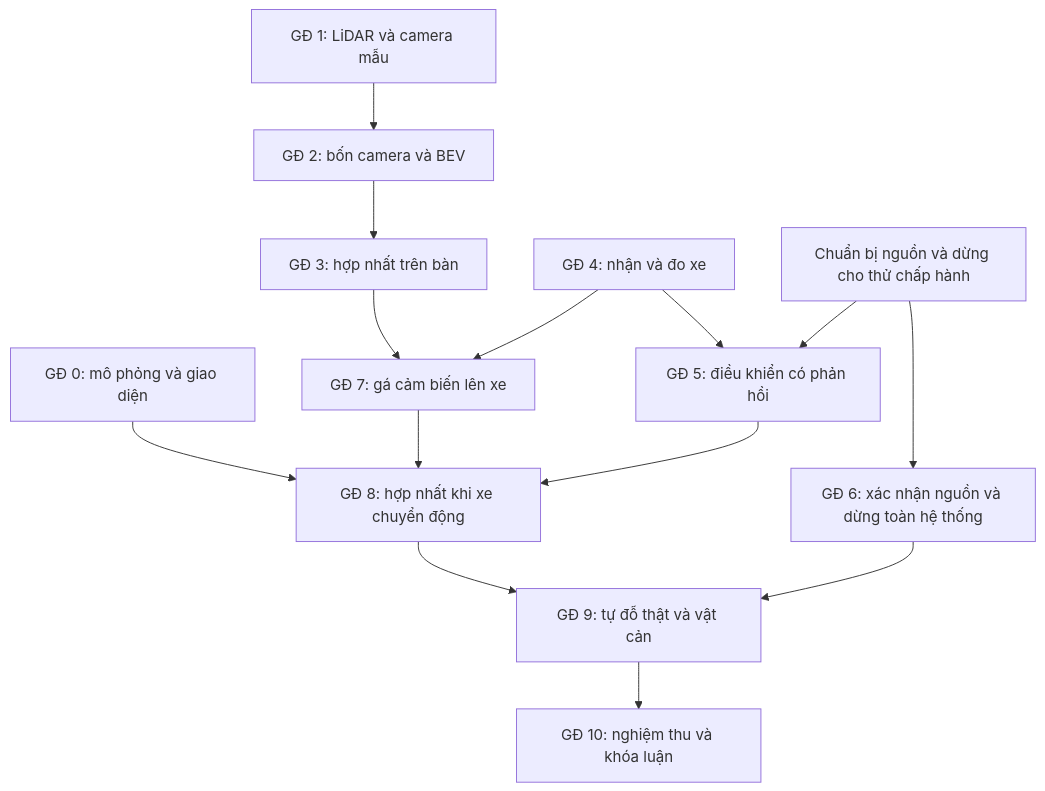
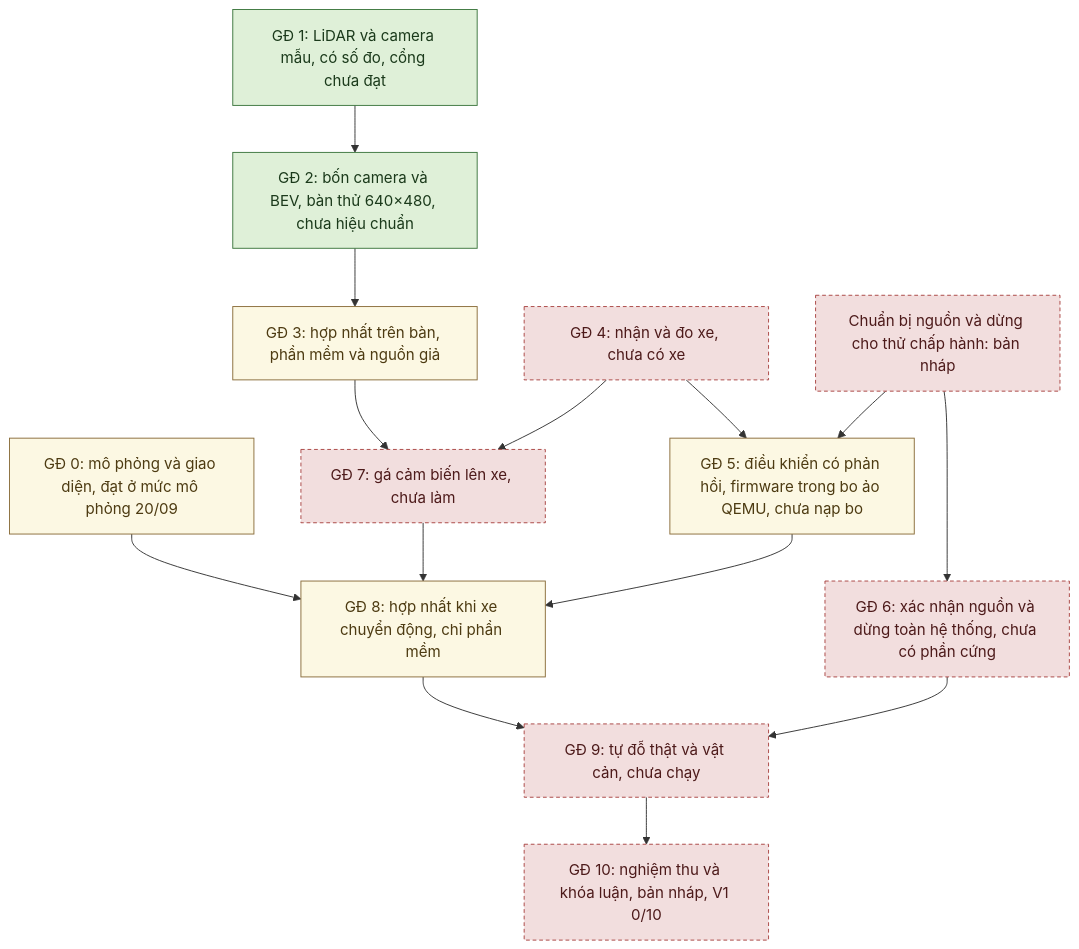
Before and after one commit to thbn12082/autopark: the second of 4 diagrams in KE_HOACH_TRIEN_KHAI_XE_TU_DO_v3.1.md, drawn with Mermaid. The commit also changed other lines of this file and 55 other files, not shown here.

````diff
--- a/KE_HOACH_TRIEN_KHAI_XE_TU_DO_v3.1.md
+++ b/KE_HOACH_TRIEN_KHAI_XE_TU_DO_v3.1.md
@@ -83,16 +100,22 @@
 ```mermaid
 flowchart TD
-    A["GĐ 0: mô phỏng và giao diện"] --> H["GĐ 8: hợp nhất khi xe chuyển động"]
-    B["GĐ 1: LiDAR và camera mẫu"] --> C["GĐ 2: bốn camera và BEV"]
-    C --> D["GĐ 3: hợp nhất trên bàn"]
-    E["GĐ 4: nhận và đo xe"] --> F["GĐ 5: điều khiển có phản hồi"]
-    P["Chuẩn bị nguồn và dừng cho thử chấp hành"] --> F
-    P --> G["GĐ 6: xác nhận nguồn và dừng toàn hệ thống"]
-    D --> R["GĐ 7: gá cảm biến lên xe"]
+    A["GĐ 0: mô phỏng và giao diện, đạt ở mức mô phỏng 20/09"] --> H["GĐ 8: hợp nhất khi xe chuyển động, chỉ phần mềm"]
+    B["GĐ 1: LiDAR và camera mẫu, có số đo, cổng chưa đạt"] --> C["GĐ 2: bốn camera và BEV, bàn thử 640×480, chưa hiệu chuẩn"]
+    C --> D["GĐ 3: hợp nhất trên bàn, phần mềm và nguồn giả"]
+    E["GĐ 4: nhận và đo xe, chưa có xe"] --> F["GĐ 5: điều khiển có phản hồi, firmware trong bo ảo QEMU, chưa nạp bo"]
+    P["Chuẩn bị nguồn và dừng cho thử chấp hành: bản nháp"] --> F
+    P --> G["GĐ 6: xác nhận nguồn và dừng toàn hệ thống, chưa có phần cứng"]
+    D --> R["GĐ 7: gá cảm biến lên xe, chưa làm"]
     E --> R
     R --> H
     F --> H
-    H --> I["GĐ 9: tự đỗ thật và vật cản"]
+    H --> I["GĐ 9: tự đỗ thật và vật cản, chưa chạy"]
     G --> I
-    I --> J["GĐ 10: nghiệm thu và khóa luận"]
+    I --> J["GĐ 10: nghiệm thu và khóa luận, bản nháp, V1 0/10"]
+    classDef daco fill:#dff0d8,stroke:#3c763d,color:#1b3a1b
+    classDef giaLap fill:#fcf8e3,stroke:#8a6d3b,color:#4d3b12
+    classDef chuaLam fill:#f2dede,stroke:#a94442,color:#4d1a1a,stroke-dasharray: 4 3
+    class B,C daco
+    class A,D,F,H giaLap
+    class E,P,G,R,I,J chuaLam
 ```
````
